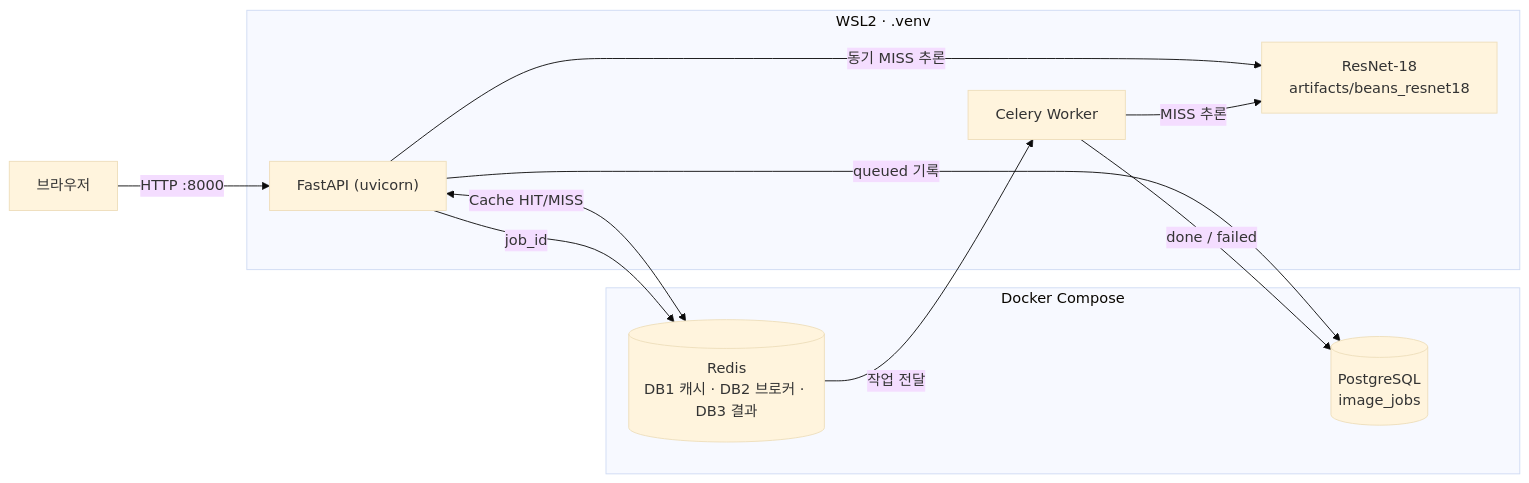
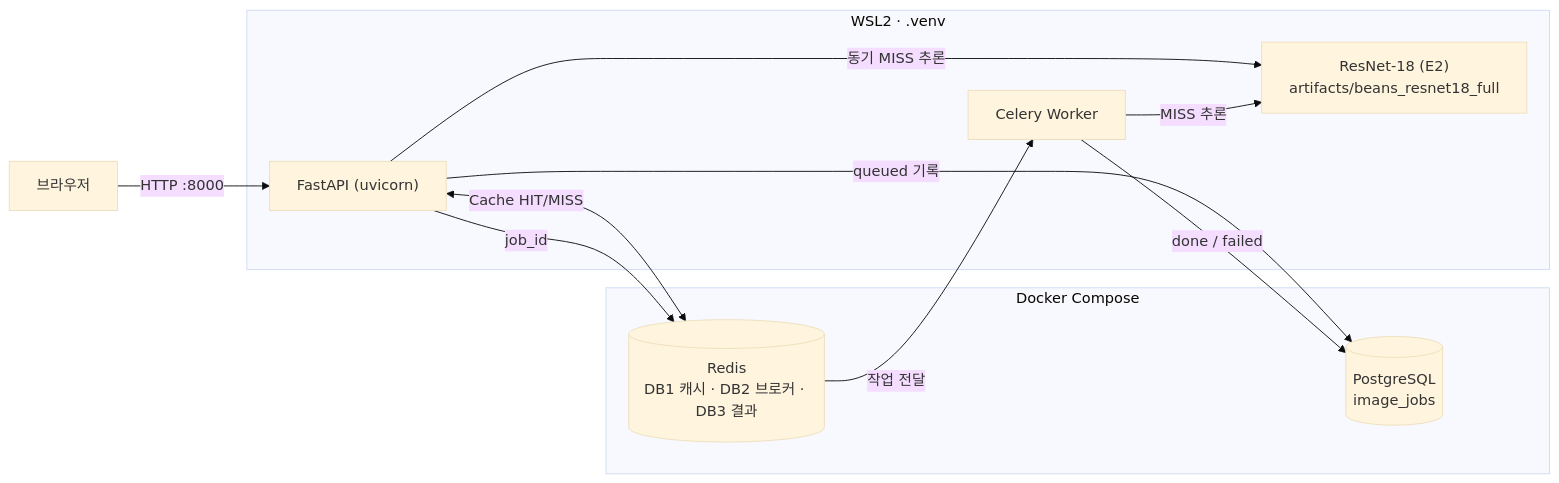
Before and after one commit to wlgptjd333/kh-subject9-eval-beans: the diagram in README.md, drawn with Mermaid (base theme). The commit also changed other lines of this file and 36 other files, not shown here.

````diff
--- a/README.md
+++ b/README.md
@@ -18,20 +18,20 @@
 ```mermaid
 flowchart LR
     B["브라우저"] -->|HTTP :8000| F
     subgraph HOST["WSL2 · .venv"]
       F["FastAPI (uvicorn)"]
       W["Celery Worker"]
-      M["ResNet-18<br/>artifacts/beans_resnet18"]
+      M["ResNet-18 (E2)<br/>artifacts/beans_resnet18_full"]
     end
     subgraph D["Docker Compose"]
       R[("Redis<br/>DB1 캐시 · DB2 브로커 · DB3 결과")]
       P[("PostgreSQL<br/>image_jobs")]
     end
     F <-->|Cache HIT/MISS| R
     F -->|동기 MISS 추론| M
     F -->|queued 기록| P
     F -->|job_id| R
     R -->|작업 전달| W
     W -->|MISS 추론| M
     W -->|done / failed| P
 ```
````
